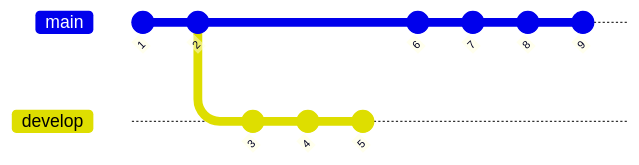
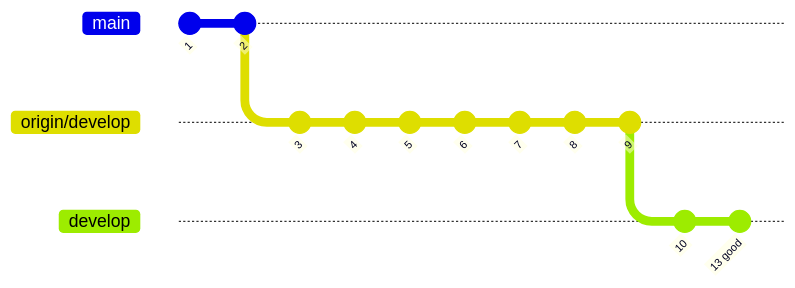
Before and after one commit to cqh963852/git-test: the fourth of 4 diagrams in README.md, drawn with Mermaid. The commit also changed other lines of this file, not shown here.

````diff
--- a/README.md
+++ b/README.md
@@ -58,14 +138,17 @@
 ```mermaid
 gitGraph
        commit id: "1"
        commit id: "2"
-       branch develop
+       branch origin/develop
        commit id: "3"
        commit id: "4"
        commit id: "5"
-       checkout main
+       checkout origin/develop
        commit id: "6"
        commit id: "7"
        commit id: "8"
        commit id: "9"
+       branch develop
+       commit id: "10"
+       commit id: "13 good"
 ```
````
